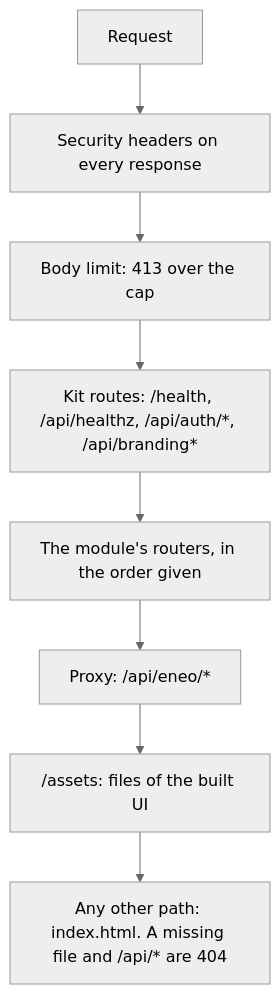
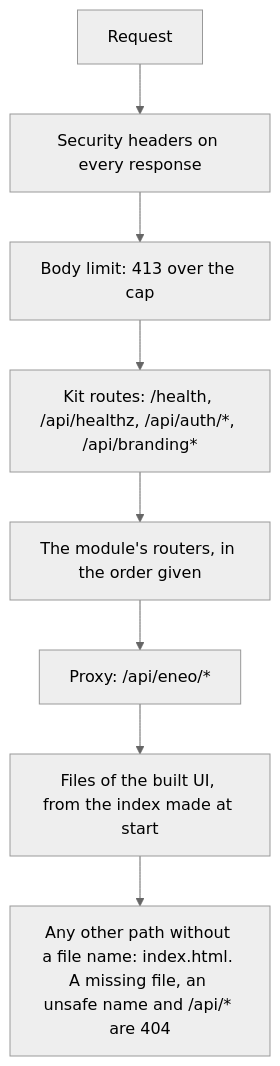
The third of 9 diagrams in docs/architecture.md (eneo-ai/eneo-module-kit), drawn with Mermaid (neutral theme) before and after one commit. The commit also changed 8 other files, not shown here.

````diff
--- a/docs/architecture.md
+++ b/docs/architecture.md
@@ -90,10 +90,10 @@
 ```mermaid
 flowchart TB
   req["Request"] --> sec["Security headers on every response"]
   sec --> lim["Body limit: 413 over the cap"]
   lim --> kit["Kit routes: /health, /api/healthz, /api/auth/*, /api/branding*"]
   kit --> own["The module's routers, in the order given"]
   own --> prx["Proxy: /api/eneo/*"]
-  prx --> assets["/assets: files of the built UI"]
-  assets --> page["Any other path: index.html. A missing file and /api/* are 404"]
+  prx --> assets["Files of the built UI, from the index made at start"]
+  assets --> page["Any other path without a file name: index.html. A missing file, an unsafe name and /api/* are 404"]
 ```
````
